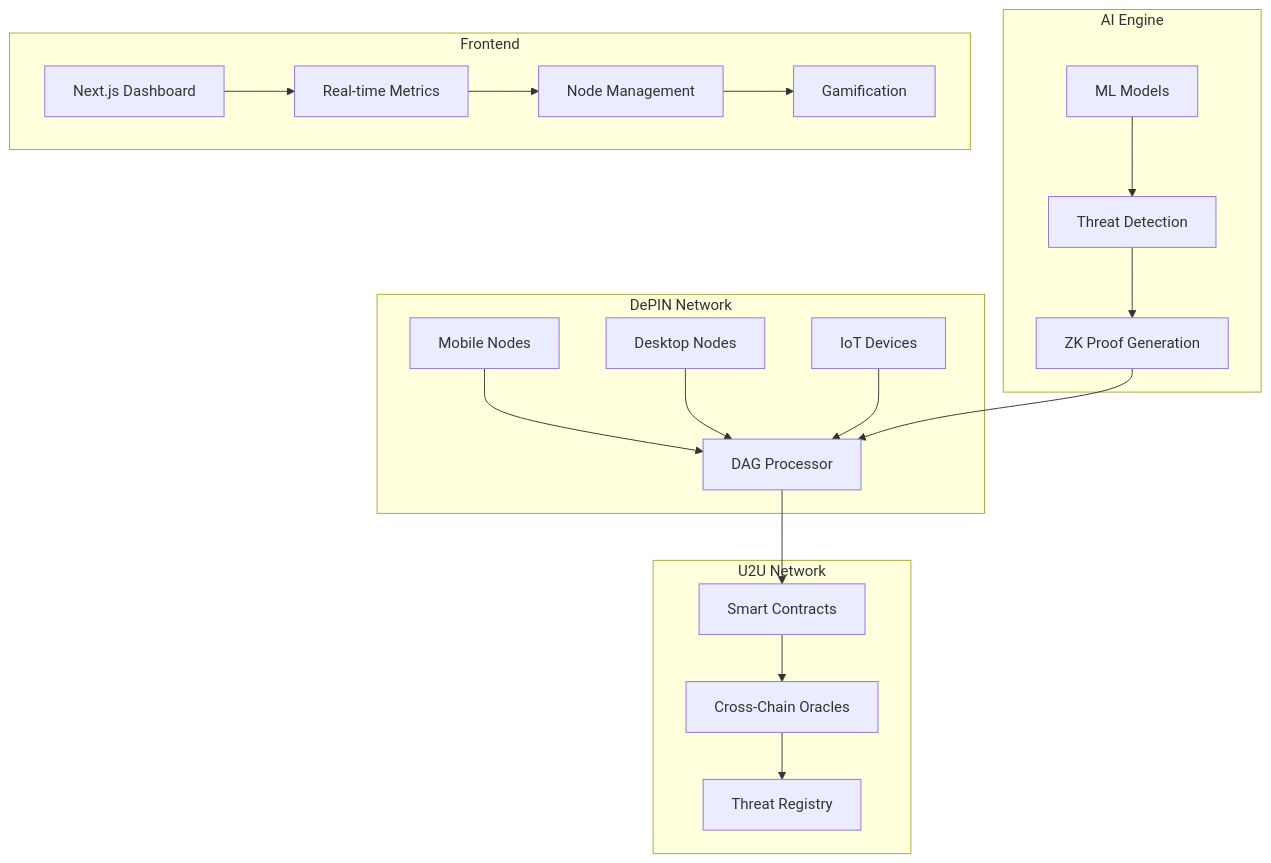
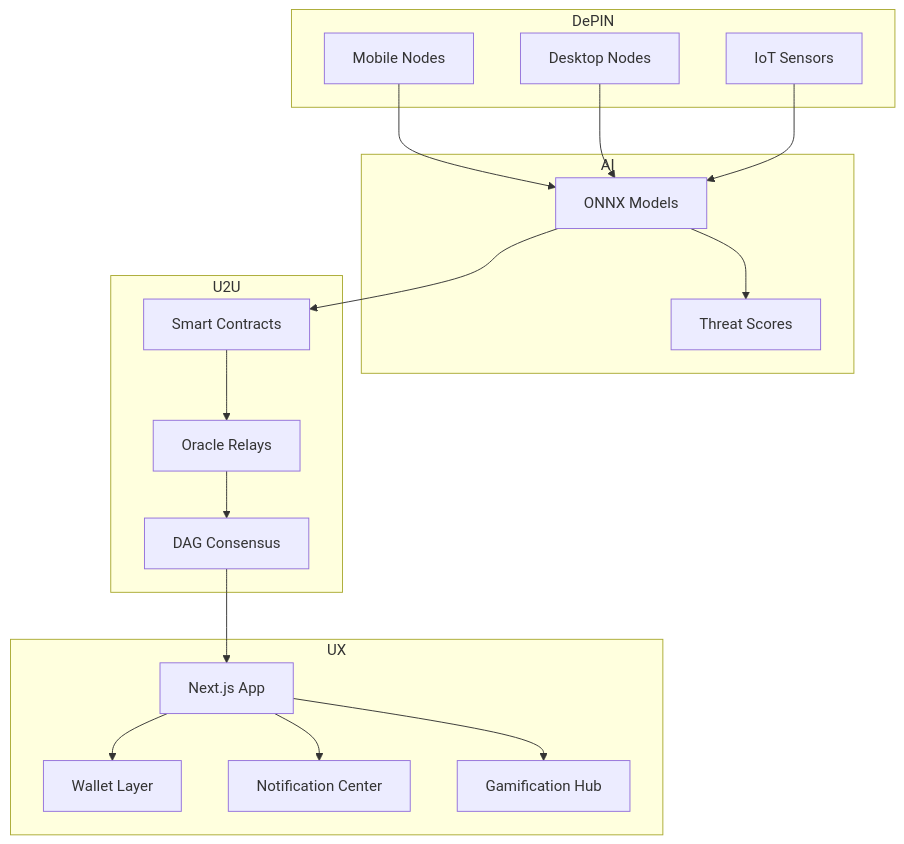
One commit to Aaditya1273/DAGShield changed the diagram in README.md. Above: the diagram before and after it, drawn with Mermaid. The commit also changed other lines of this file, not shown here.

````diff
--- a/README.md
+++ b/README.md
@@ -116,26 +52,25 @@
 ```mermaid
-graph TB
-    subgraph "DePIN Network"
-        A[Mobile Nodes] --> D[DAG Processor]
-        B[Desktop Nodes] --> D
-        C[IoT Devices] --> D
+graph TD
+    subgraph UX
+        A[Next.js App] --> B[Wallet Layer]
+        A --> C[Notification Center]
+        A --> D[Gamification Hub]
     end
-    
-    subgraph "U2U Network"
-        D --> E[Smart Contracts]
-        E --> F[Cross-Chain Oracles]
-        F --> G[Threat Registry]
+    subgraph DePIN
+        E[Mobile Nodes]
+        F[Desktop Nodes]
+        G[IoT Sensors]
     end
-    
-    subgraph "AI Engine"
-        H[ML Models] --> I[Threat Detection]
-        I --> J[ZK Proof Generation]
-        J --> D
+    subgraph AI
+        H[ONNX Models] --> I[Threat Scores]
     end
-    
-    subgraph "Frontend"
-        K[Next.js Dashboard] --> L[Real-time Metrics]
-        L --> M[Node Management]
-        M --> N[Gamification]
+    subgraph U2U
+        J[Smart Contracts]
+        K[Oracle Relays]
+        L[DAG Consensus]
     end
+    E & F & G --> H
+    H --> J
+    J --> K --> L
+    L --> A
 ```
````
